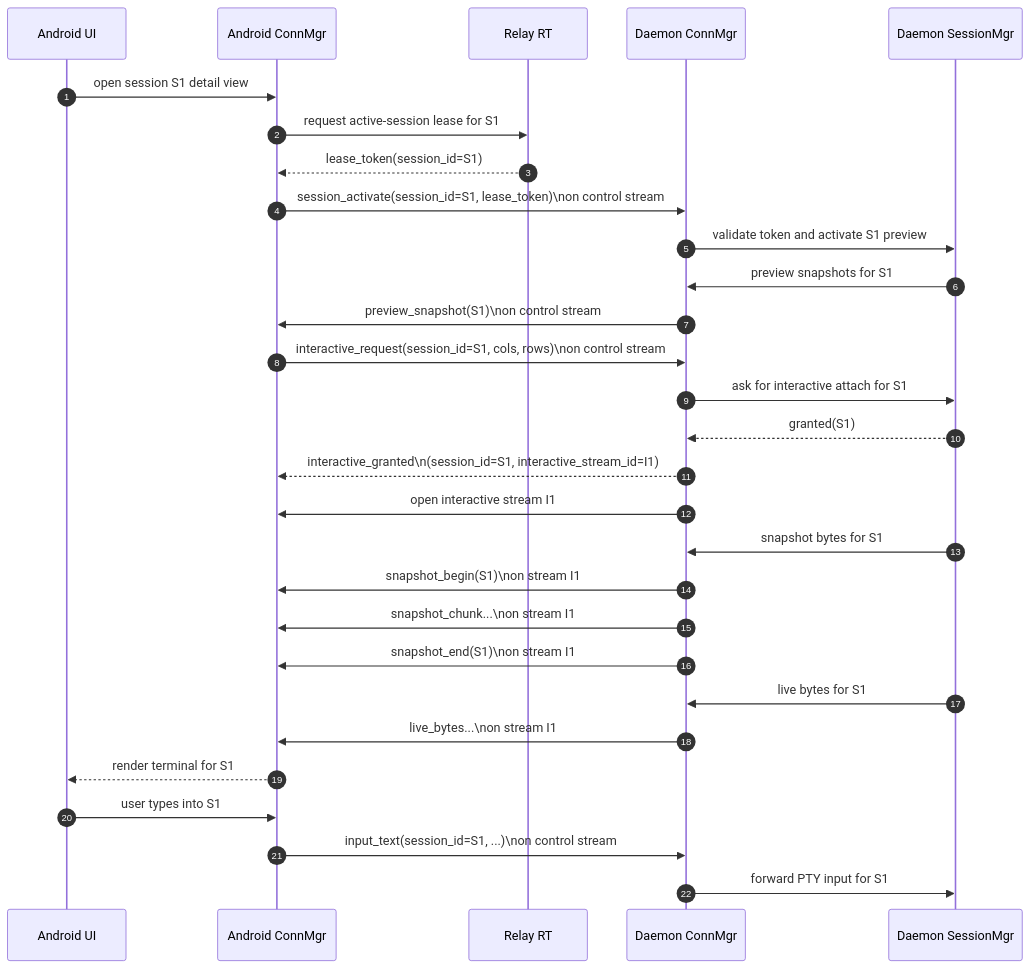
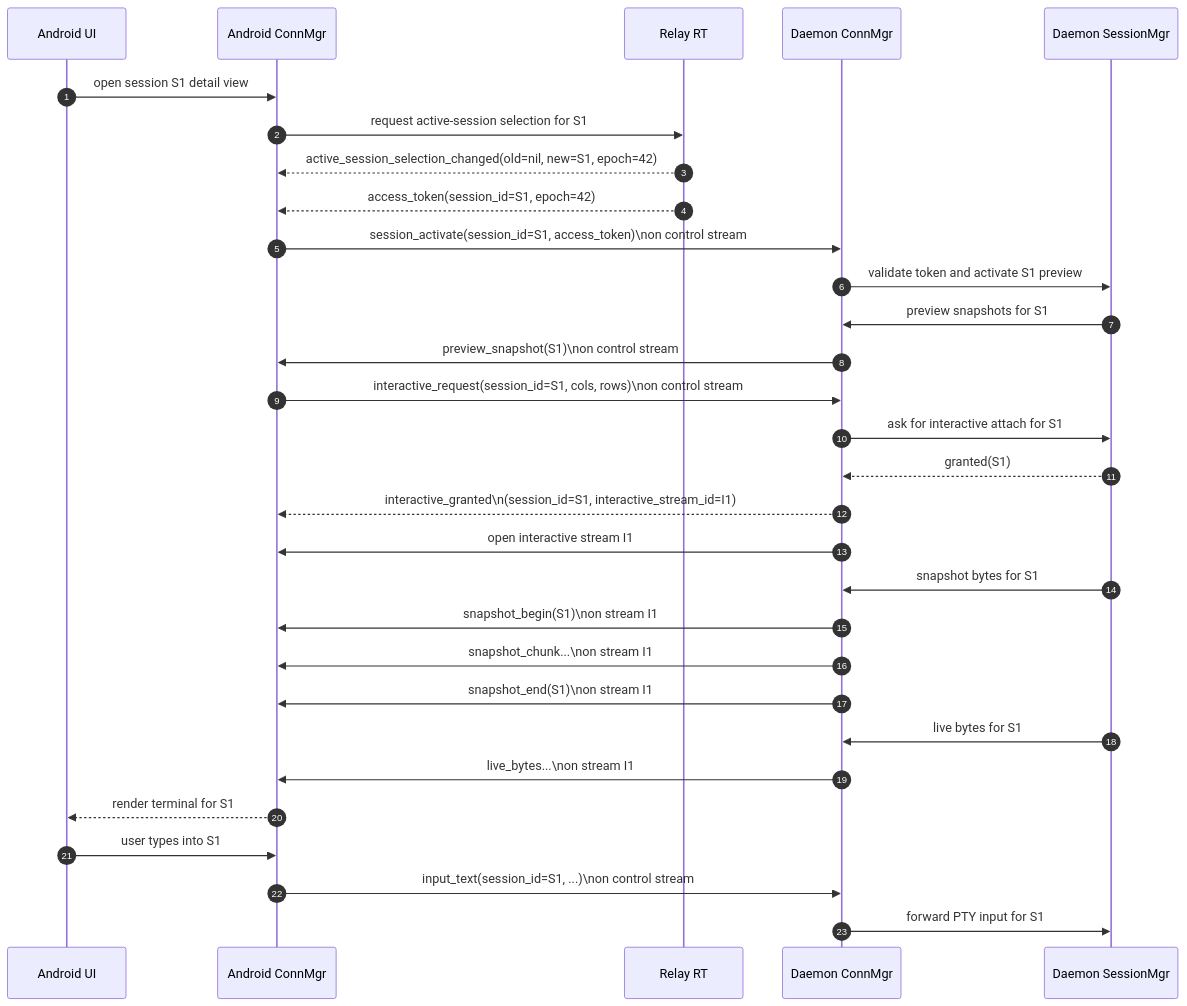
Before and after one commit to yuanbohan/agent-tunnel: the fourth of 7 diagrams in docs/connectivity/sequence-flows.md, drawn with Mermaid. The commit also changed other lines of this file and 11 other files, not shown here.

Commit message:
docs(connectivity): align account-level session selection

````diff
--- a/docs/connectivity/sequence-flows.md
+++ b/docs/connectivity/sequence-flows.md
@@ -195,33 +195,34 @@
 ```mermaid
 sequenceDiagram
     autonumber
     participant AndroidUI as Android UI
     participant AndroidConn as Android ConnMgr
     participant RelayRT as Relay RT
     participant DaemonConn as Daemon ConnMgr
     participant DaemonSess as Daemon SessionMgr
 
     AndroidUI->>AndroidConn: open session S1 detail view
-    AndroidConn->>RelayRT: request active-session lease for S1
-    RelayRT-->>AndroidConn: lease_token(session_id=S1)
-    AndroidConn->>DaemonConn: session_activate(session_id=S1, lease_token)\non control stream
+    AndroidConn->>RelayRT: request active-session selection for S1
+    RelayRT-->>AndroidConn: active_session_selection_changed(old=nil, new=S1, epoch=42)
+    RelayRT-->>AndroidConn: access_token(session_id=S1, epoch=42)
+    AndroidConn->>DaemonConn: session_activate(session_id=S1, access_token)\non control stream
     DaemonConn->>DaemonSess: validate token and activate S1 preview
     DaemonSess->>DaemonConn: preview snapshots for S1
     DaemonConn->>AndroidConn: preview_snapshot(S1)\non control stream
     AndroidConn->>DaemonConn: interactive_request(session_id=S1, cols, rows)\non control stream
     DaemonConn->>DaemonSess: ask for interactive attach for S1
     DaemonSess-->>DaemonConn: granted(S1)
     DaemonConn-->>AndroidConn: interactive_granted\n(session_id=S1, interactive_stream_id=I1)
     DaemonConn->>AndroidConn: open interactive stream I1
     DaemonSess->>DaemonConn: snapshot bytes for S1
     DaemonConn->>AndroidConn: snapshot_begin(S1)\non stream I1
     DaemonConn->>AndroidConn: snapshot_chunk...\non stream I1
     DaemonConn->>AndroidConn: snapshot_end(S1)\non stream I1
     DaemonSess->>DaemonConn: live bytes for S1
     DaemonConn->>AndroidConn: live_bytes...\non stream I1
     AndroidConn-->>AndroidUI: render terminal for S1
 
     AndroidUI->>AndroidConn: user types into S1
     AndroidConn->>DaemonConn: input_text(session_id=S1, ...)\non control stream
     DaemonConn->>DaemonSess: forward PTY input for S1
 ```
````
